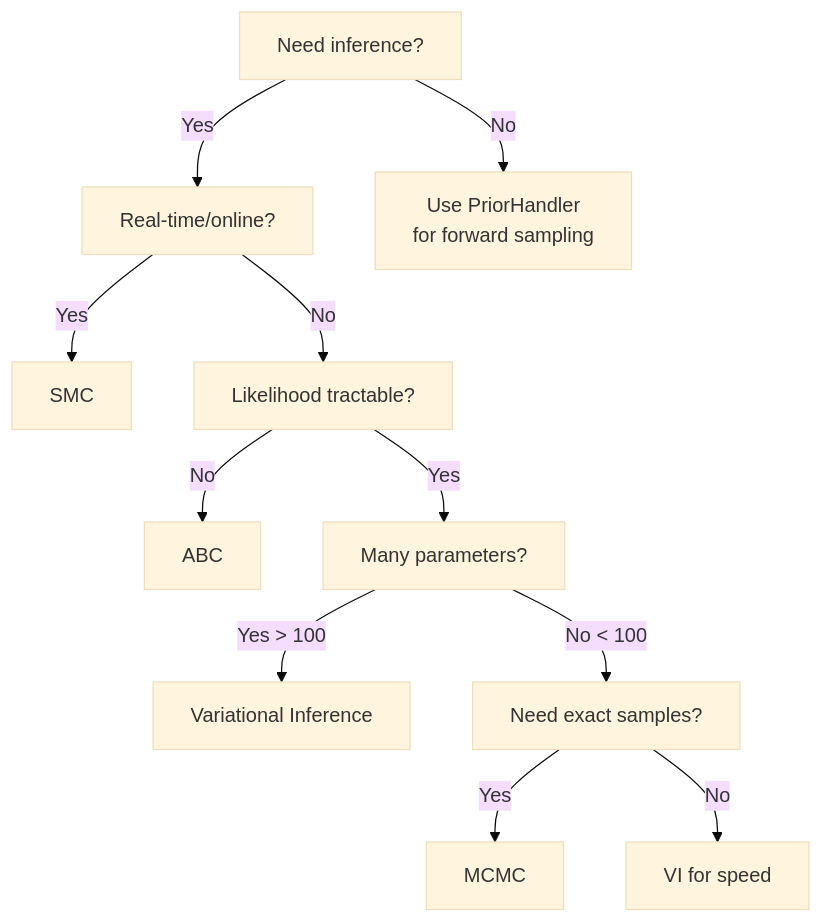
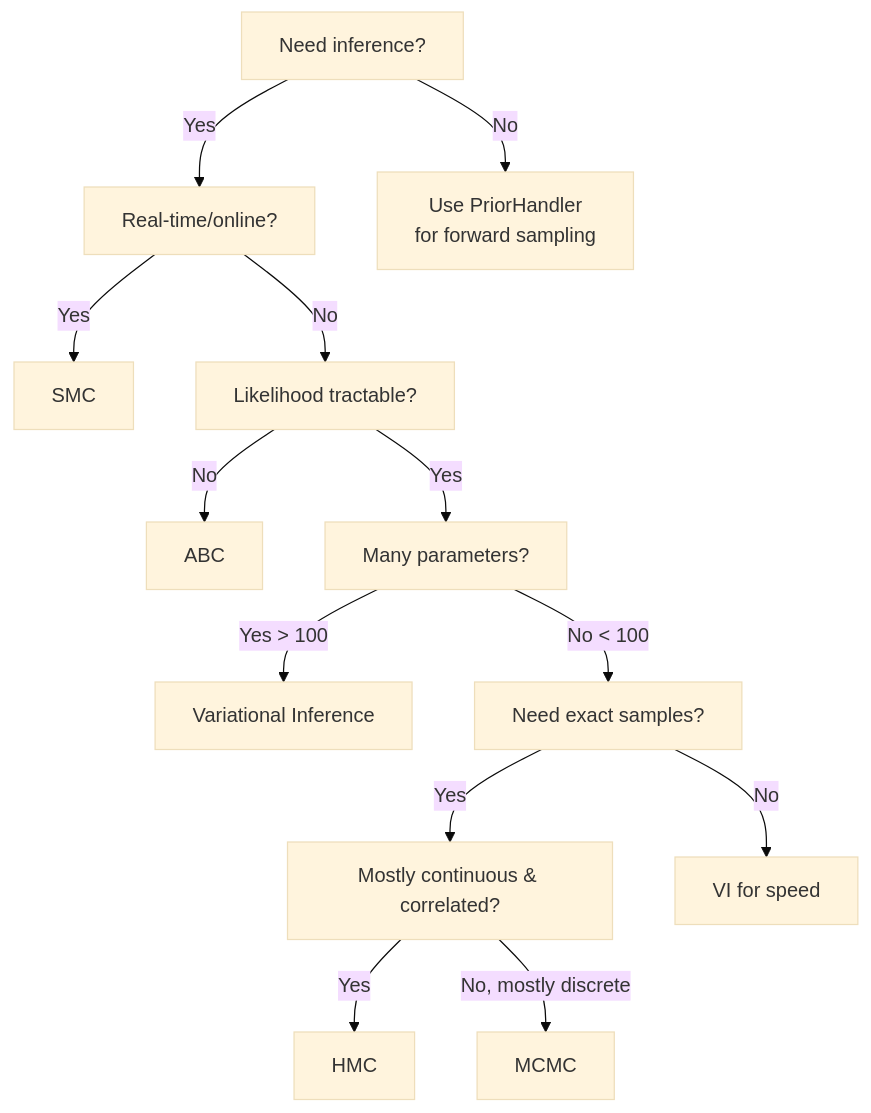
Before and after one commit to alexnodeland/fugue: the second of 2 diagrams in docs/src/getting-started/basic-inference.md, drawn with Mermaid (base theme). The commit also changed other lines of this file and 42 other files, not shown here.

````diff
--- a/docs/src/getting-started/basic-inference.md
+++ b/docs/src/getting-started/basic-inference.md
@@ -303,17 +366,20 @@
 ```mermaid
 graph TD
     A[Need inference?] -->|Yes| B[Real-time/online?]
     A -->|No| Z[Use PriorHandler<br/>for forward sampling]
 
     B -->|Yes| SMC[SMC]
     B -->|No| C[Likelihood tractable?]
 
     C -->|No| ABC[ABC]
     C -->|Yes| D[Many parameters?]
 
     D -->|Yes > 100| VI[Variational Inference]
     D -->|No < 100| E[Need exact samples?]
 
-    E -->|Yes| MCMC[MCMC]
+    E -->|Yes| F[Mostly continuous & correlated?]
     E -->|No| VI2[VI for speed]
+
+    F -->|Yes| HMC[HMC]
+    F -->|No, mostly discrete| MCMC[MCMC]
 ```
````
